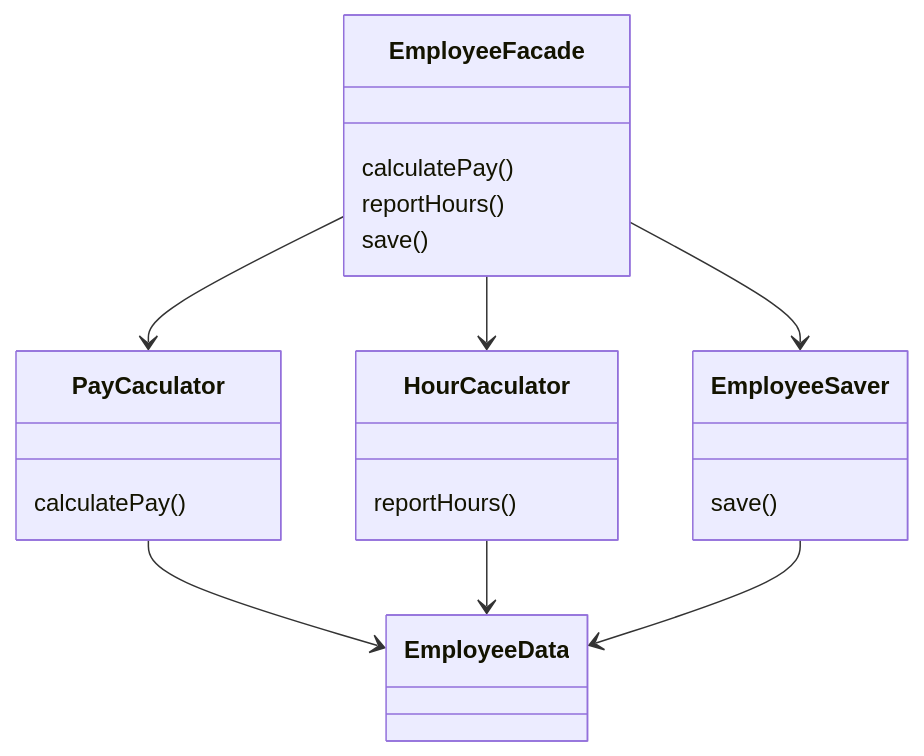
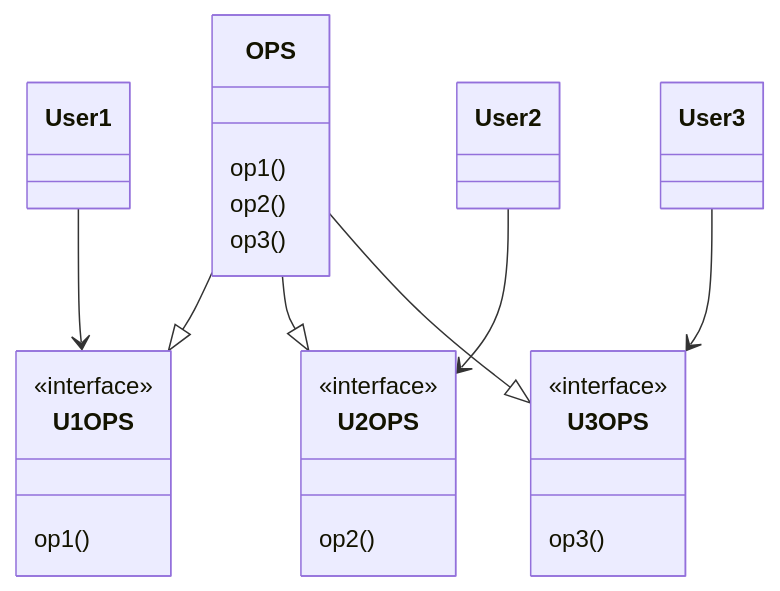
Before and after one commit to jhk-im/clean-architecture: the second of 2 diagrams in clean-architecture/chapter10/README.md, drawn with Mermaid. The commit also changed other lines of this file and 4 other files, not shown here.

````diff
--- a/clean-architecture/chapter10/README.md
+++ b/clean-architecture/chapter10/README.md
@@ -67,27 +24,26 @@
 ```mermaid
 classDiagram
-class EmployeeData {
-    
+class U1OPS {
+    op1()
 }
-class PayCaculator {
-    calculatePay()
+<<interface>>U1OPS
+class U2OPS {
+    op2()
 }
-class HourCaculator {
-    reportHours()
+<<interface>>U2OPS
+class U3OPS {
+    op3()
 }
-class EmployeeSaver {
-    save()
+<<interface>>U3OPS
+class OPS {
+    op1()
+    op2()
+    op3()
 }
-class EmployeeFacade {
-    calculatePay()
-    reportHours()
-    save()
-}
-
-PayCaculator --> EmployeeData
-HourCaculator --> EmployeeData
-EmployeeSaver --> EmployeeData
-EmployeeFacade --> PayCaculator
-EmployeeFacade --> HourCaculator
-EmployeeFacade --> EmployeeSaver
+OPS --|> U1OPS
+OPS --|> U2OPS
+OPS --|> U3OPS
+User1 --> U1OPS
+User2 --> U2OPS
+User3 --> U3OPS
 ```
````
